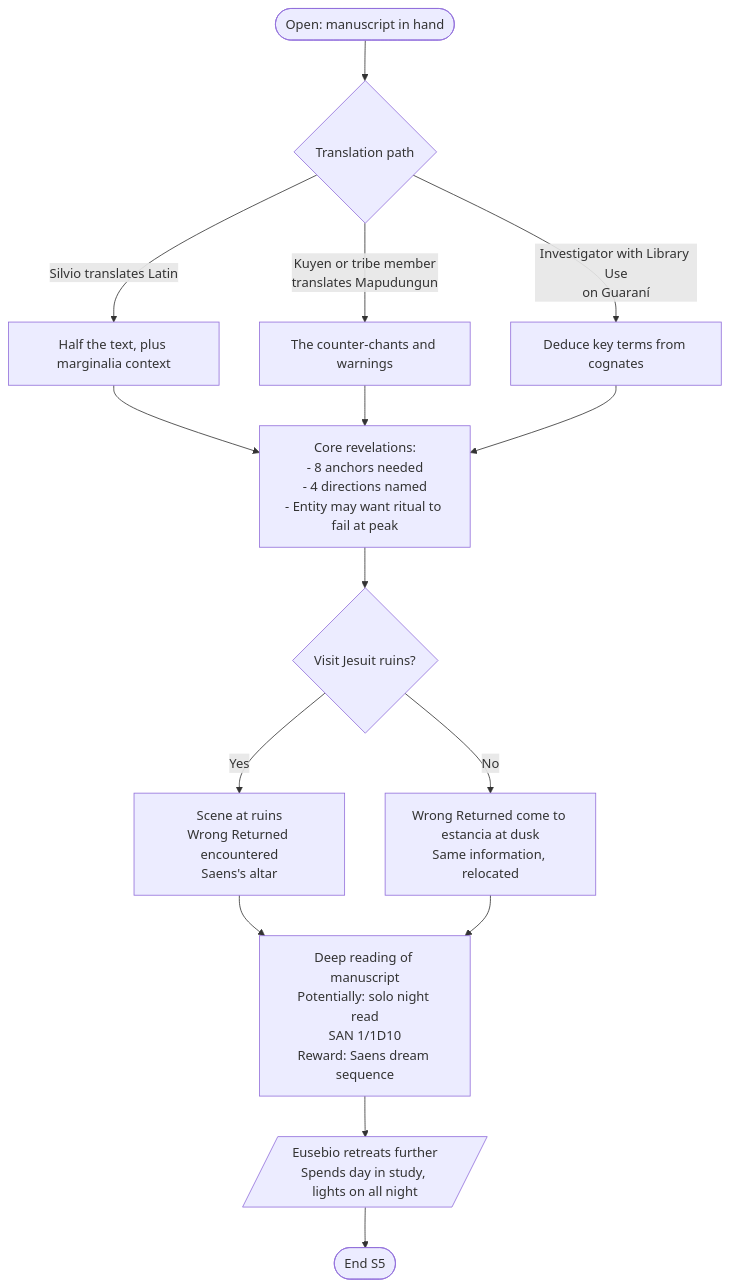
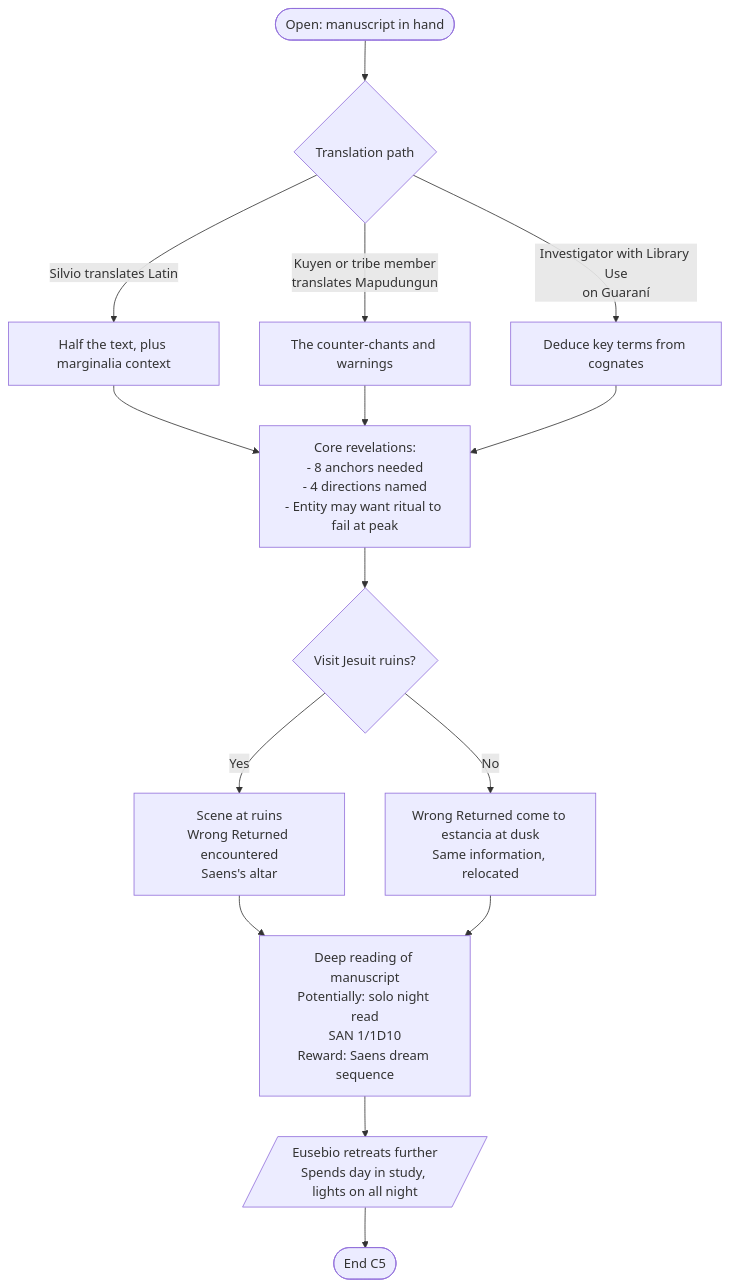
Before and after one commit to lucas-tortora/gauchulu: the seventh of 14 diagrams in REF-FlowMap.md, drawn with Mermaid. The commit also changed other lines of this file and 39 other files, not shown here.

````diff
--- a/REF-FlowMap.md
+++ b/REF-FlowMap.md
@@ -286,14 +286,14 @@
 ```mermaid
 flowchart TD
     O5([Open: manuscript in hand]) --> A{Translation path}
     A -->|Silvio translates Latin| B1[Half the text, plus marginalia context]
     A -->|Kuyen or tribe member<br/>translates Mapudungun| B2[The counter-chants and warnings]
     A -->|Investigator with Library Use<br/>on Guaraní| B3[Deduce key terms from cognates]
     B1 & B2 & B3 --> C[Core revelations:<br/>- 8 anchors needed<br/>- 4 directions named<br/>- Entity may want ritual to fail at peak]
     C --> D{Visit Jesuit ruins?}
     D -->|Yes| E1[Scene at ruins<br/>Wrong Returned encountered<br/>Saens's altar]
     D -->|No| E2[Wrong Returned come to estancia at dusk<br/>Same information, relocated]
     E1 & E2 --> F[Deep reading of manuscript<br/>Potentially: solo night read<br/>SAN 1/1D10<br/>Reward: Saens dream sequence]
     F --> G[/Eusebio retreats further<br/>Spends day in study, lights on all night/]
-    G --> End5([End S5])
+    G --> End5([End C5])
 ```
````
